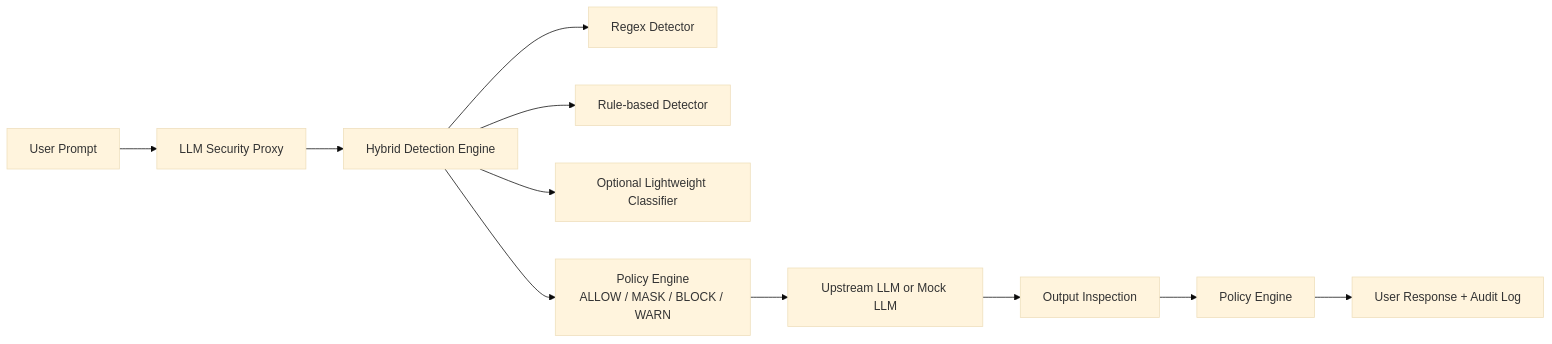
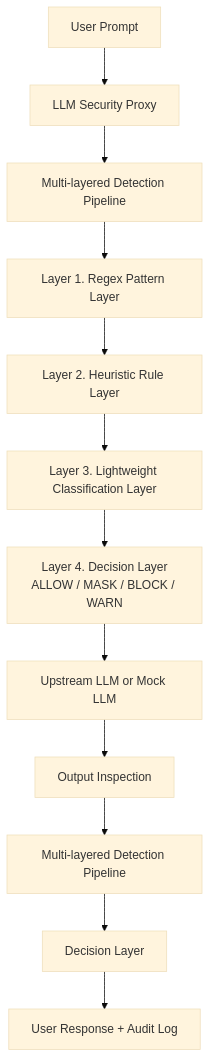
Before and after one commit to treasonking/Capstone_Design: the diagram in README.md, drawn with Mermaid (base theme). The commit also changed other lines of this file and 13 other files, not shown here.

Commit message:
docs: clarify multi-layered detection pipeline

````diff
--- a/README.md
+++ b/README.md
@@ -39,13 +43,14 @@
 ```mermaid
-flowchart LR
+flowchart TD
     U["User Prompt"] --> P["LLM Security Proxy"]
-    P --> H["Hybrid Detection Engine"]
-    H --> R["Regex Detector"]
-    H --> B["Rule-based Detector"]
-    H --> M["Optional Lightweight Classifier"]
-    H --> E["Policy Engine<br/>ALLOW / MASK / BLOCK / WARN"]
+    P --> D["Multi-layered Detection Pipeline"]
+    D --> R["Layer 1. Regex Pattern Layer"]
+    R --> B["Layer 2. Heuristic Rule Layer"]
+    B --> M["Layer 3. Lightweight Classification Layer"]
+    M --> E["Layer 4. Decision Layer<br/>ALLOW / MASK / BLOCK / WARN"]
     E --> L["Upstream LLM or Mock LLM"]
     L --> O["Output Inspection"]
-    O --> E2["Policy Engine"]
+    O --> R2["Multi-layered Detection Pipeline"]
+    R2 --> E2["Decision Layer"]
     E2 --> A["User Response + Audit Log"]
 ```
````
